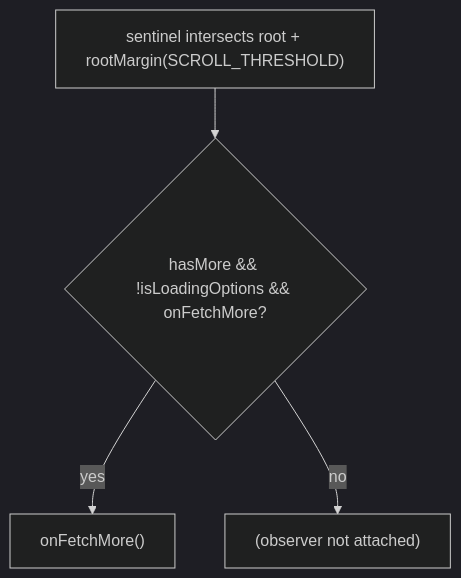
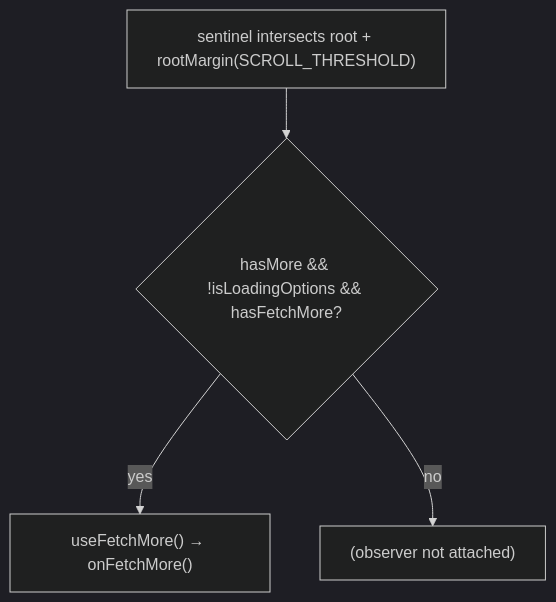
One commit to luciocabrera/lcabrera-stack changed the third of 3 diagrams in packages/ui/src/components/VirtualList/ARCHITECTURE.md. Above: the diagram before and after it, drawn with Mermaid (dark theme). The commit also changed other lines of this file and 117 other files, not shown here.

````diff
--- a/packages/ui/src/components/VirtualList/ARCHITECTURE.md
+++ b/packages/ui/src/components/VirtualList/ARCHITECTURE.md
@@ -161,6 +123,6 @@
 ```mermaid
 graph TD
-  Sentinel["sentinel intersects root + rootMargin(SCROLL_THRESHOLD)"] --> HasMore{"hasMore && !isLoadingOptions && onFetchMore?"}
-  HasMore -->|yes| Fetch["onFetchMore()"]
+  Sentinel["sentinel intersects root + rootMargin(SCROLL_THRESHOLD)"] --> HasMore{"hasMore && !isLoadingOptions && hasFetchMore?"}
+  HasMore -->|yes| Fetch["useFetchMore() → onFetchMore()"]
   HasMore -->|no| Skip["(observer not attached)"]
 ```
````
